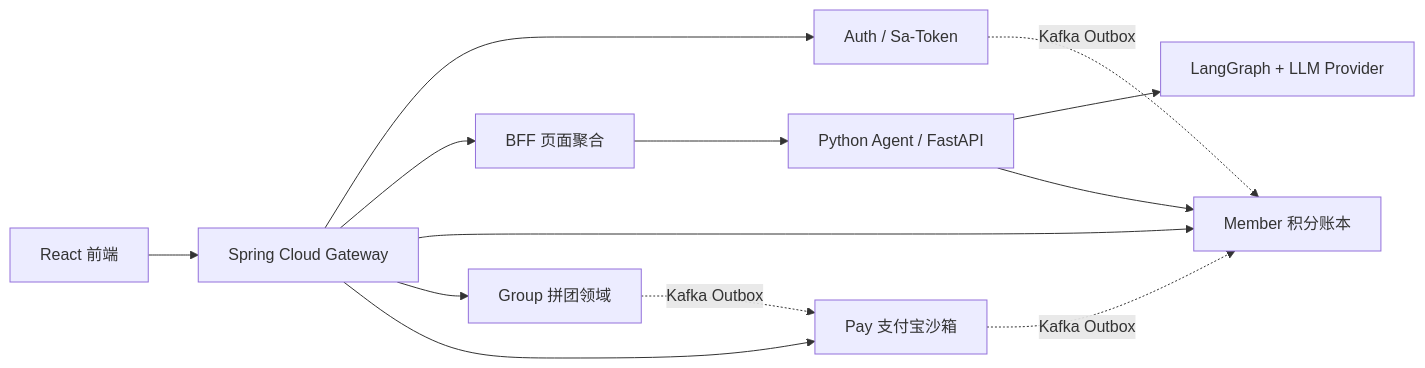
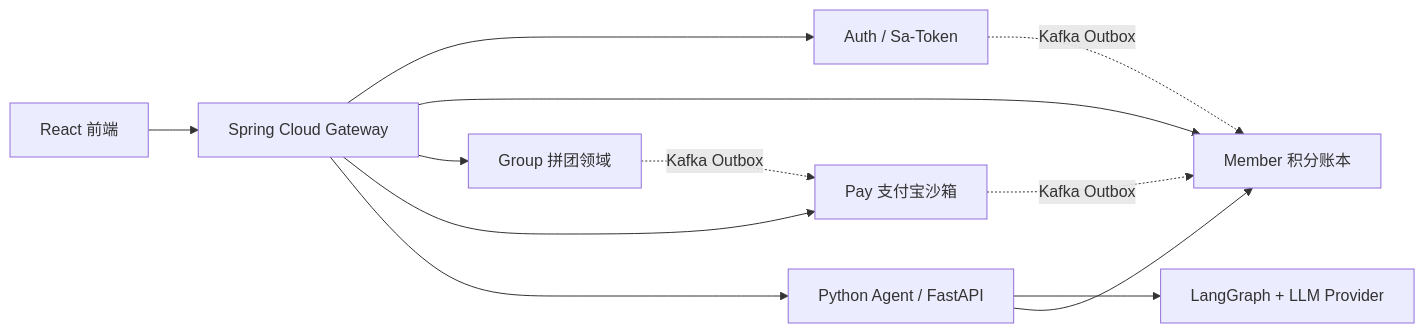
The diagram in README.md (zhanglinrun/ai-group), drawn with Mermaid before and after one commit. The commit also changed other lines of this file and 50 other files, not shown here.

````diff
--- a/README.md
+++ b/README.md
@@ -29,15 +29,14 @@
 ```mermaid
 flowchart LR
   WEB[React 前端] --> GW[Spring Cloud Gateway]
   GW --> AUTH[Auth / Sa-Token]
-  GW --> BFF[BFF 页面聚合]
   GW --> MEMBER[Member 积分账本]
   GW --> GROUP[Group 拼团领域]
   GW --> PAY[Pay 支付宝沙箱]
-  BFF --> AGENT[Python Agent / FastAPI]
+  GW --> AGENT[Python Agent / FastAPI]
   AGENT --> LG[LangGraph + LLM Provider]
   AGENT --> MEMBER
   GROUP -. Kafka Outbox .-> PAY
   PAY -. Kafka Outbox .-> MEMBER
   AUTH -. Kafka Outbox .-> MEMBER
 ```
````
